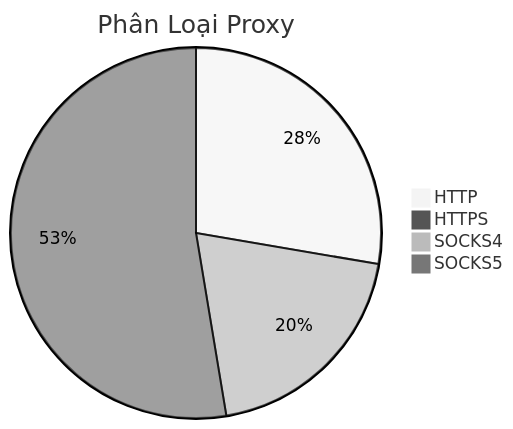
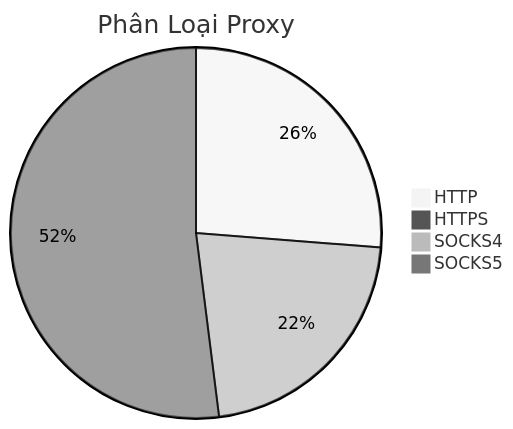
Before and after one commit to Ciara-Aa/PROXY-free: the diagram in README.md, drawn with Mermaid (neutral theme). The commit also changed other lines of this file and 4 other files, not shown here.

````diff
--- a/README.md
+++ b/README.md
@@ -26,7 +26,7 @@
 ```mermaid
 pie title Phân Loại Proxy
-    "HTTP" : 412
-    "HTTPS" : 3
-    "SOCKS4" : 293
-    "SOCKS5" : 783
+    "HTTP" : 310
+    "HTTPS" : 2
+    "SOCKS4" : 257
+    "SOCKS5" : 614
 ```
````
